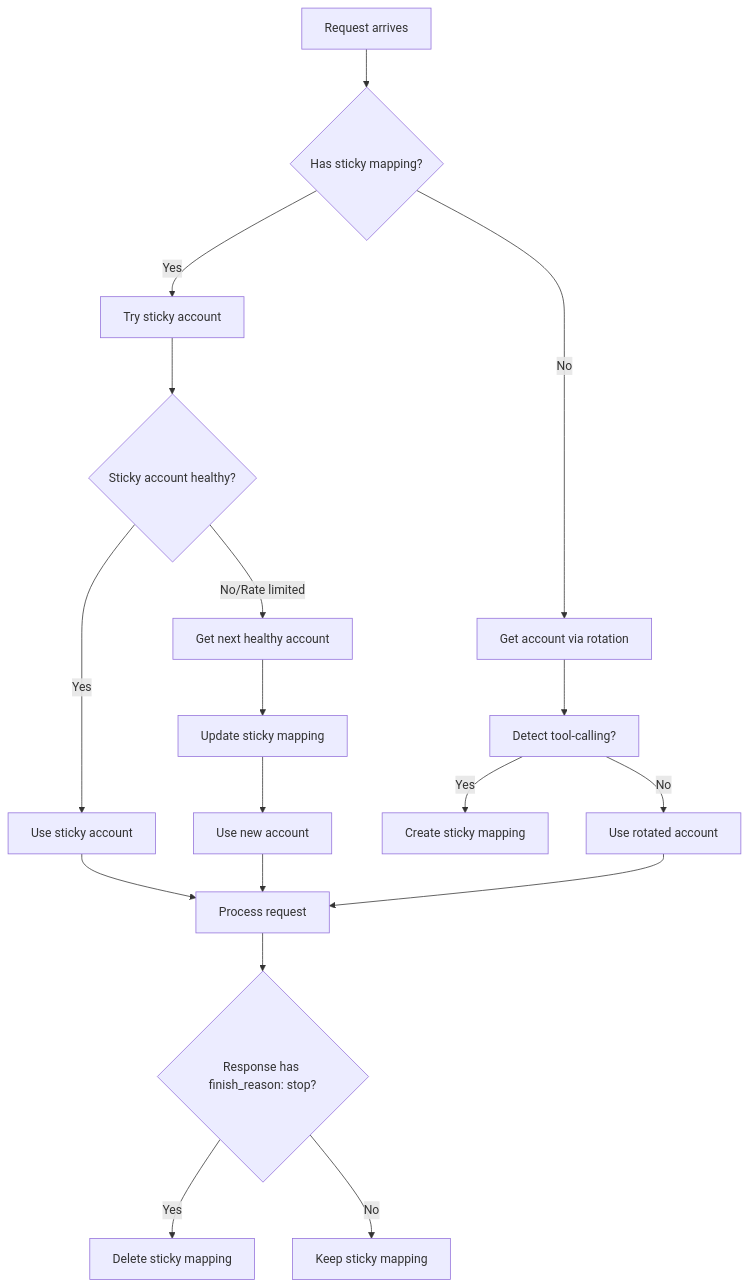
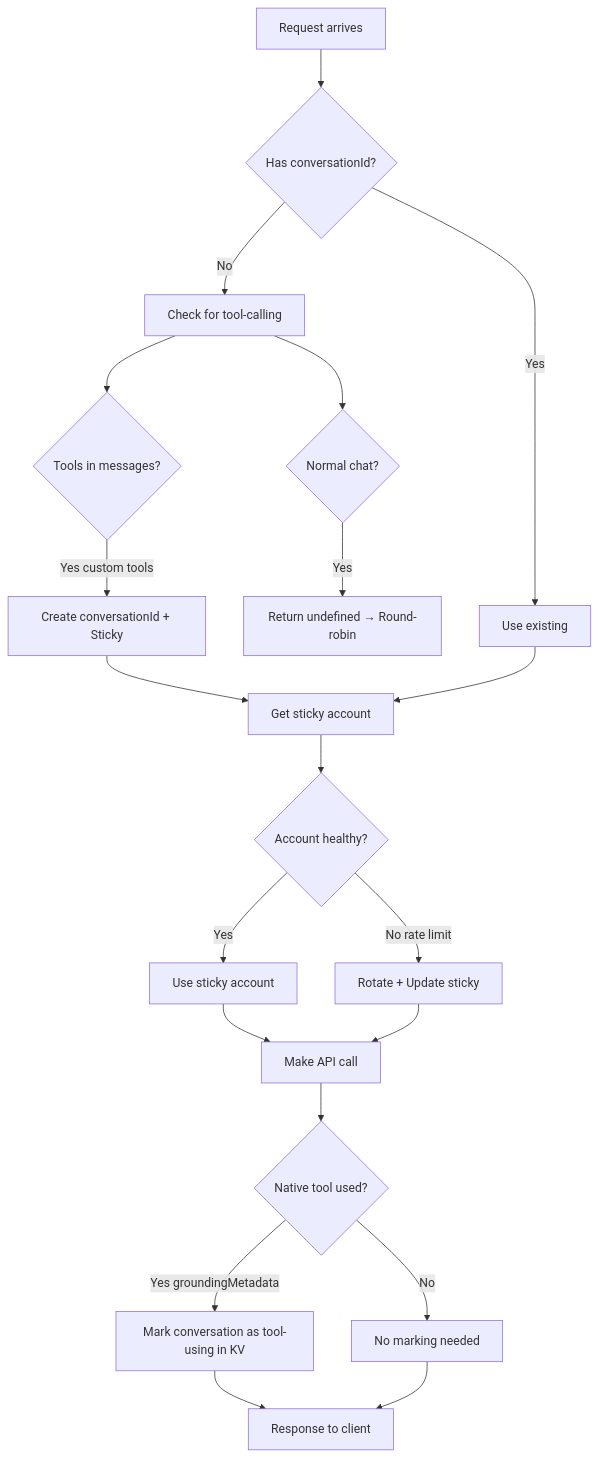
Before and after one commit to ichadhr/gemini-cli-openai: the diagram in docs/sticky-sessions.md, drawn with Mermaid. The commit also changed other lines of this file and 5 other files, not shown here.

Commit message:
Implement sticky sessions with dual tool detection

````diff
--- a/docs/sticky-sessions.md
+++ b/docs/sticky-sessions.md
@@ -89,24 +24,28 @@
 ```mermaid
 flowchart TD
-    A[Request arrives] --> B{Has sticky mapping?}
-    B -->|Yes| C[Try sticky account]
-    B -->|No| D[Get account via rotation]
+    A[Request arrives] --> B{Has conversationId?}
+    B -->|No| C[Check for tool-calling]
+    B -->|Yes| D[Use existing]
 
-    C --> E{Sticky account healthy?}
-    E -->|Yes| F[Use sticky account]
-    E -->|No/Rate limited| G[Get next healthy account]
-    G --> H[Update sticky mapping]
-    H --> I[Use new account]
+    C --> E{Tools in messages?}
+    C --> F{Normal chat?}
+    E -->|Yes custom tools| G[Create conversationId + Sticky]
+    F -->|Yes| H[Return undefined → Round-robin]
 
-    D --> J[Detect tool-calling?]
-    J -->|Yes| K[Create sticky mapping]
-    J -->|No| L[Use rotated account]
+    G --> I[Get sticky account]
+    D --> I
 
-    F --> M[Process request]
-    I --> M
+    I --> J{Account healthy?}
+    J -->|Yes| K[Use sticky account]
+    J -->|No rate limit| L[Rotate + Update sticky]
+
+    K --> M[Make API call]
     L --> M
 
-    M --> N{Response has finish_reason: stop?}
-    N -->|Yes| O[Delete sticky mapping]
-    N -->|No| P[Keep sticky mapping]
+    M --> N{Native tool used?}
+    N -->|Yes groundingMetadata| O[Mark conversation as tool-using in KV]
+    N -->|No| P[No marking needed]
+
+    O --> Q[Response to client]
+    P --> Q
 ```
````
